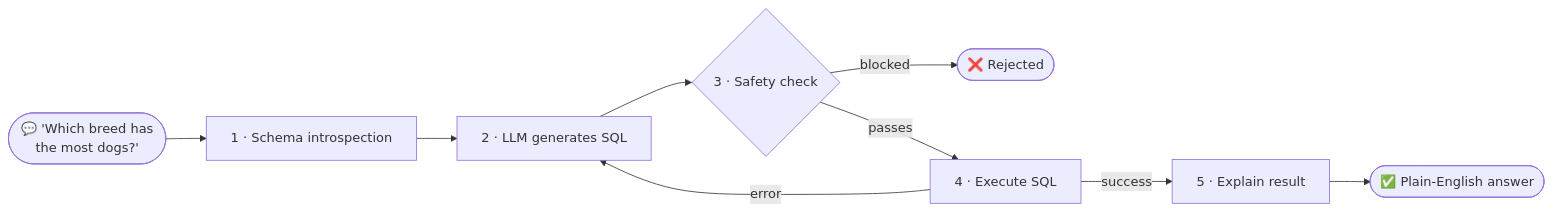
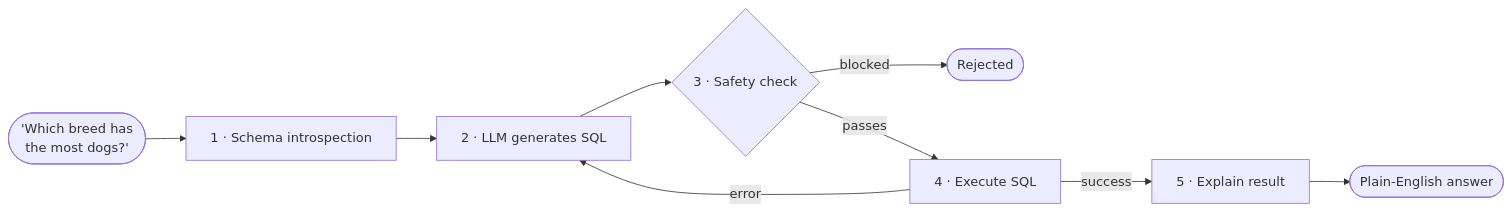
One commit to SouhailBourhim/nl-to-sql changed the diagram in README.md. Above: the diagram before and after it, drawn with Mermaid.

Commit message:
README update

````diff
--- a/README.md
+++ b/README.md
@@ -5,11 +5,11 @@
 ```mermaid
 flowchart LR
-    Q(["💬 'Which breed has<br/>the most dogs?'"]) --> S["1 · Schema introspection"]
+    Q(["'Which breed has<br/>the most dogs?'"]) --> S["1 · Schema introspection"]
     S --> G["2 · LLM generates SQL"]
     G --> C{"3 · Safety check"}
-    C -- blocked --> X(["❌ Rejected"])
+    C -- blocked --> X(["Rejected"])
     C -- passes --> E["4 · Execute SQL"]
     E -- error --> G
     E -- success --> O["5 · Explain result"]
-    O --> A(["✅ Plain-English answer"])
+    O --> A(["Plain-English answer"])
 ```
````
